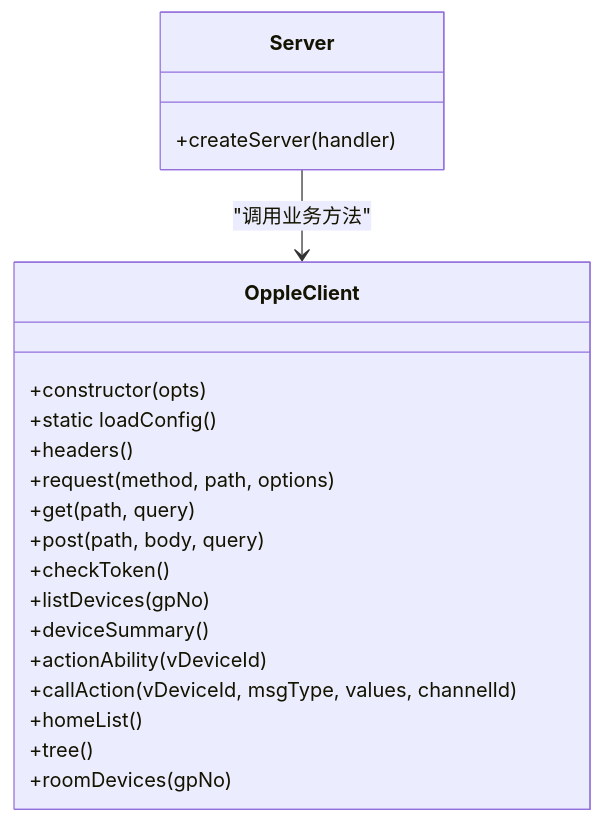
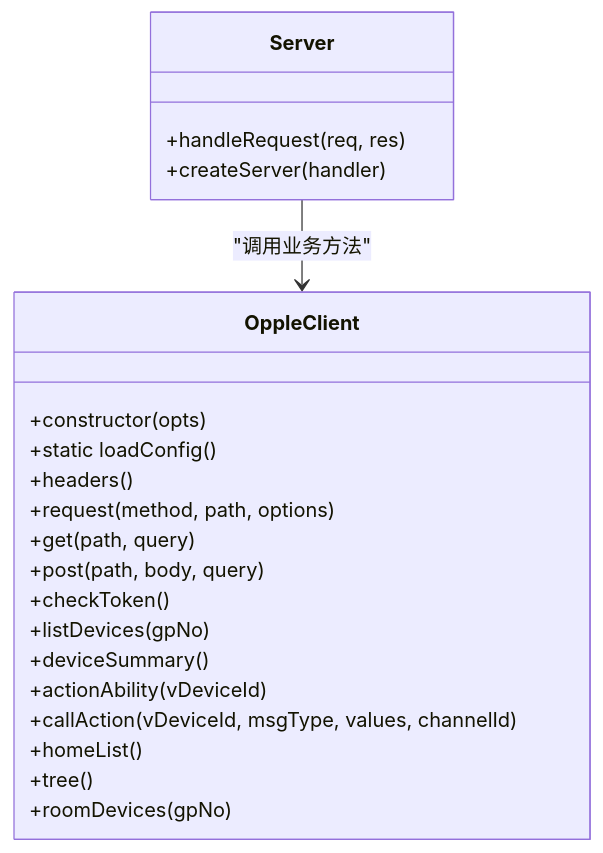
One commit to zh79325/opple-cloud-adapter changed diagram 12 of 13 in .qoder/repowiki/zh/content/核心模块详解/Server 服务端模块.md. Above: the diagram before and after it, drawn with Mermaid. The commit also changed other lines of this file and 30 other files, not shown here.

````diff
--- a/.qoder/repowiki/zh/content/核心模块详解/Server 服务端模块.md
+++ b/.qoder/repowiki/zh/content/核心模块详解/Server 服务端模块.md
@@ -379,23 +496,24 @@
 ```mermaid
 classDiagram
 class OppleClient {
 +constructor(opts)
 +static loadConfig()
 +headers()
 +request(method, path, options)
 +get(path, query)
 +post(path, body, query)
 +checkToken()
 +listDevices(gpNo)
 +deviceSummary()
 +actionAbility(vDeviceId)
 +callAction(vDeviceId, msgType, values, channelId)
 +homeList()
 +tree()
 +roomDevices(gpNo)
 }
 class Server {
++handleRequest(req, res)
 +createServer(handler)
 }
 Server --> OppleClient : "调用业务方法"
 ```
````
